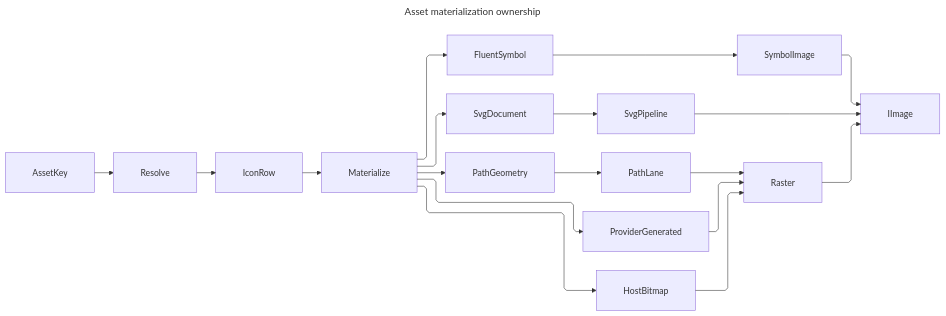
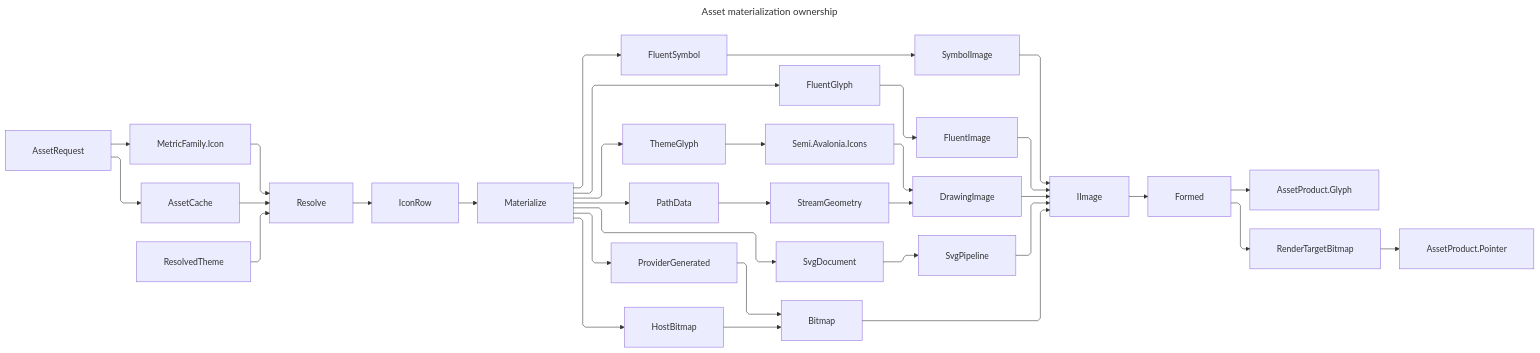
One commit to bsamiee/Rasm changed the diagram in libs/csharp/Rasm.AppUi/.planning/Theme/assets.md. Above: the diagram before and after it, drawn with Mermaid. The commit also changed other lines of this file and 747 other files, not shown here.

````diff
--- a/libs/csharp/Rasm.AppUi/.planning/Theme/assets.md
+++ b/libs/csharp/Rasm.AppUi/.planning/Theme/assets.md
@@ -114,27 +307,32 @@
 ```mermaid
 ---
 title: Asset materialization ownership
 config:
   layout: elk
   htmlLabels: true
   markdownAutoWrap: false
   deterministicIds: true
   elk:
     nodePlacementStrategy: NETWORK_SIMPLEX
     considerModelOrder: NODES_AND_EDGES
   flowchart:
     curve: linear
     defaultRenderer: elk
     padding: 25
 ---
 flowchart LR
     accTitle: Asset materialization ownership
-    accDescr: Typed asset keys resolve through ranked source rows, then one materializer folds vector, symbolic, provider, path, and host bitmap sources into the retained image boundary.
-    AssetKey --> Resolve --> IconRow --> Materialize
-    Materialize --> FluentSymbol --> SymbolImage --> IImage
-    Materialize --> SvgDocument --> SvgPipeline --> IImage
-    Materialize --> PathGeometry --> PathLane --> Raster
-    Materialize --> ProviderGenerated --> Raster
-    Materialize --> HostBitmap --> Raster
-    Raster --> IImage
+    accDescr: A typed asset request resolves its size from the metric scale and its tint from the resolved theme, walks ranked source rows through one materializer folding Fluent, shipped-geometry, vector, provider, and host sources into one image, then projects that image into either the glyph product or a rasterized pointer, with every product admitted through the budgeted cache.
+    AssetRequest --> MetricIcon[MetricFamily.Icon] --> Resolve
+    AssetRequest --> AssetCache --> Resolve
+    ResolvedTheme --> Resolve --> IconRow --> Materialize
+    Materialize --> FluentSymbol --> SymbolImage --> Picture[IImage]
+    Materialize --> FluentGlyph --> FluentImage --> Picture
+    Materialize --> ThemeGlyph --> SemiIcons[Semi.Avalonia.Icons] --> DrawingImage --> Picture
+    Materialize --> PathData --> StreamGeometry --> DrawingImage
+    Materialize --> SvgDocument --> SvgPipeline --> Picture
+    Materialize --> ProviderGenerated --> Raster[Bitmap]
+    Materialize --> HostBitmap --> Raster --> Picture
+    Picture --> Formed --> Glyph[AssetProduct.Glyph]
+    Formed --> RenderTargetBitmap --> Pointer[AssetProduct.Pointer]
 ```
````
